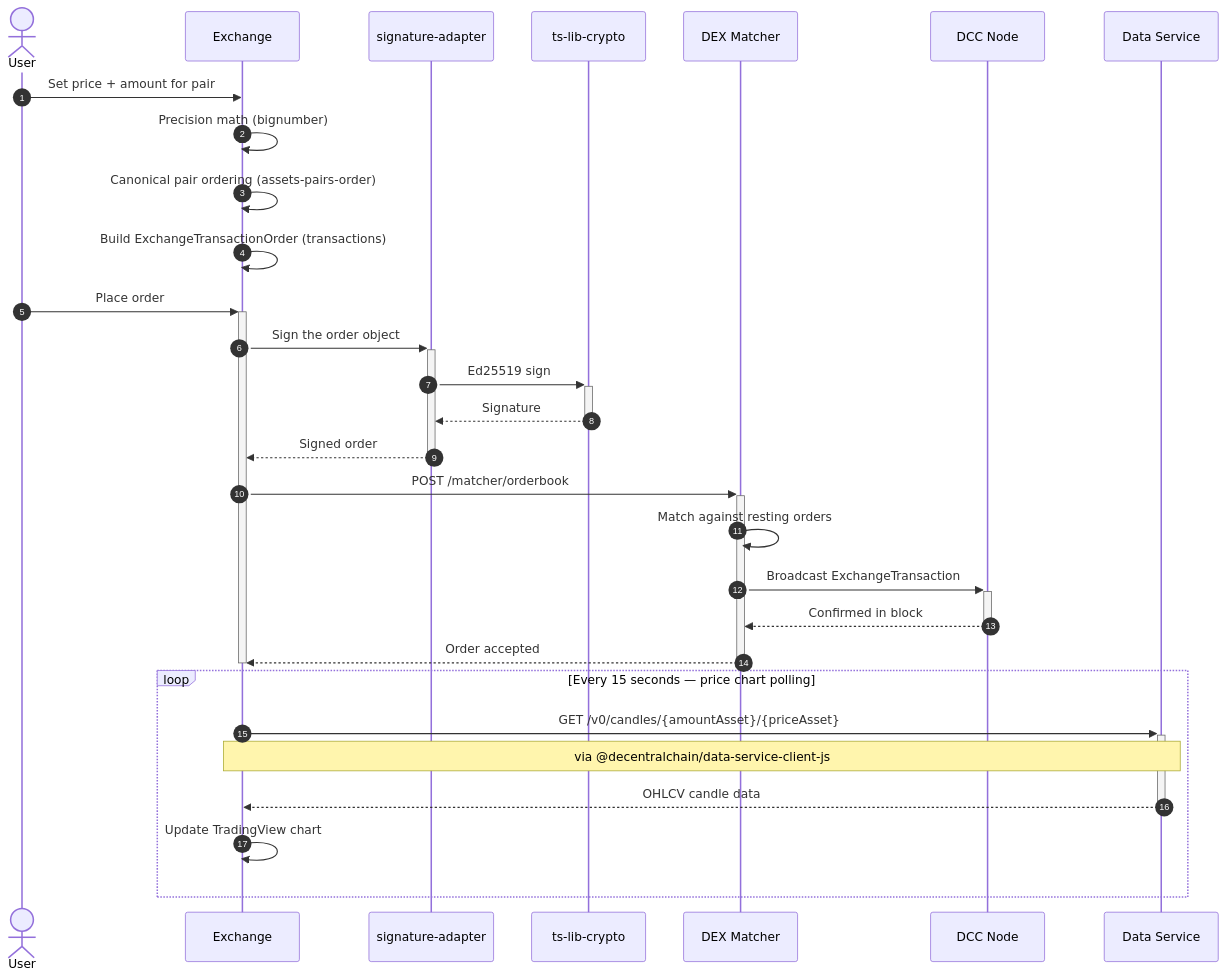
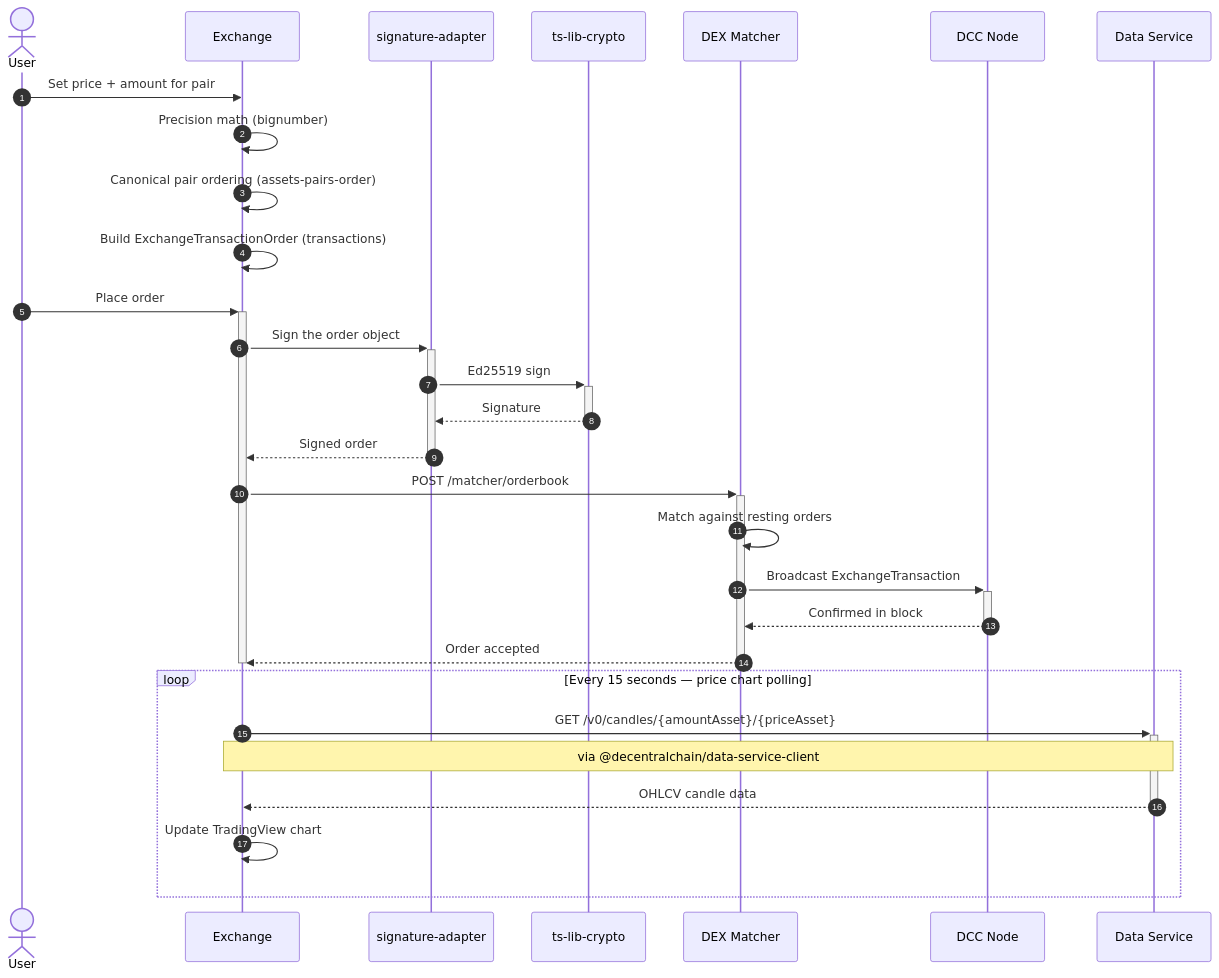
The sixth of 9 diagrams in docs/ECOSYSTEM.md (Decentral-America/DecentralChain), drawn with Mermaid before and after one commit. The commit also changed 296 other files, not shown here.

````diff
--- a/docs/ECOSYSTEM.md
+++ b/docs/ECOSYSTEM.md
@@ -480,39 +480,39 @@
 ```mermaid
 sequenceDiagram
     autonumber
     actor User
     participant EX as Exchange
     participant SA as signature-adapter
     participant TC as ts-lib-crypto
     participant MATCHER as DEX Matcher
     participant NODE as DCC Node
     participant DS as Data Service
 
     User->>EX: Set price + amount for pair
 
     EX->>EX: Precision math (bignumber)
     EX->>EX: Canonical pair ordering (assets-pairs-order)
     EX->>EX: Build ExchangeTransactionOrder (transactions)
 
     User->>+EX: Place order
 
     EX->>+SA: Sign the order object
     SA->>+TC: Ed25519 sign
     TC-->>-SA: Signature
     SA-->>-EX: Signed order
 
     EX->>+MATCHER: POST /matcher/orderbook
     MATCHER->>MATCHER: Match against resting orders
     MATCHER->>+NODE: Broadcast ExchangeTransaction
     NODE-->>-MATCHER: Confirmed in block
     MATCHER-->>-EX: Order accepted
 
     deactivate EX
 
     loop Every 15 seconds — price chart polling
         EX->>+DS: GET /v0/candles/{amountAsset}/{priceAsset}
-        Note over EX,DS: via @decentralchain/data-service-client-js
+        Note over EX,DS: via @decentralchain/data-service-client
         DS-->>-EX: OHLCV candle data
         EX->>EX: Update TradingView chart
     end
 ```
````
